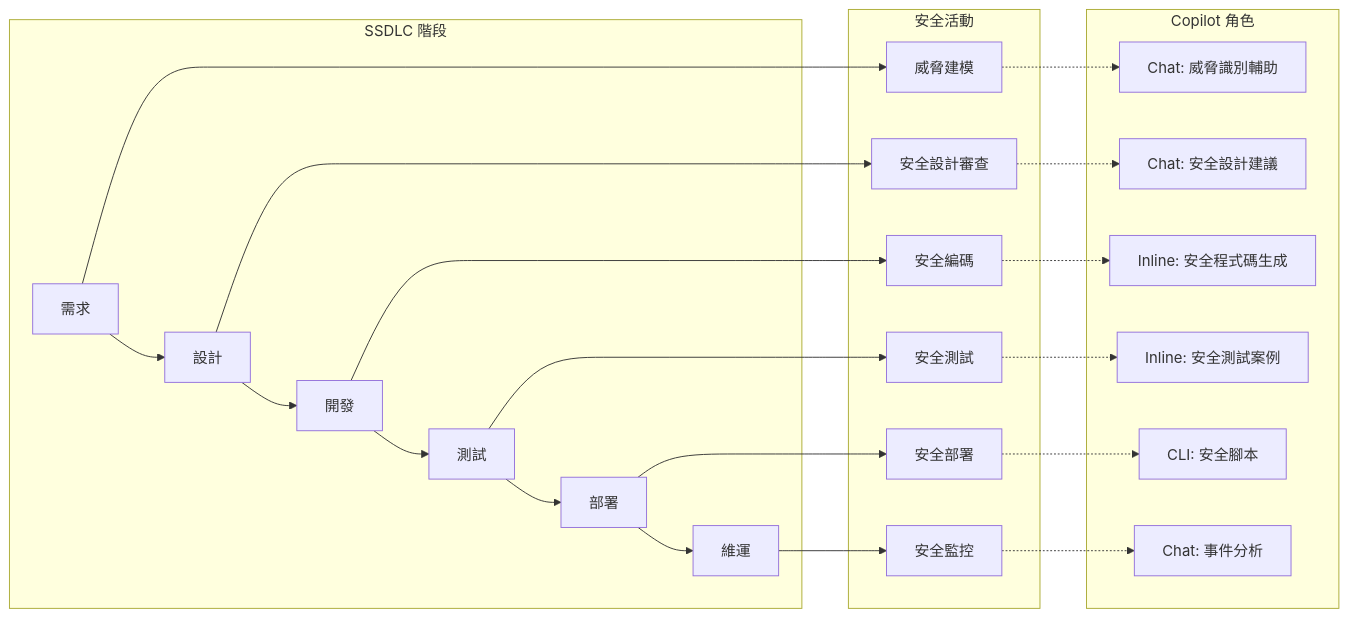
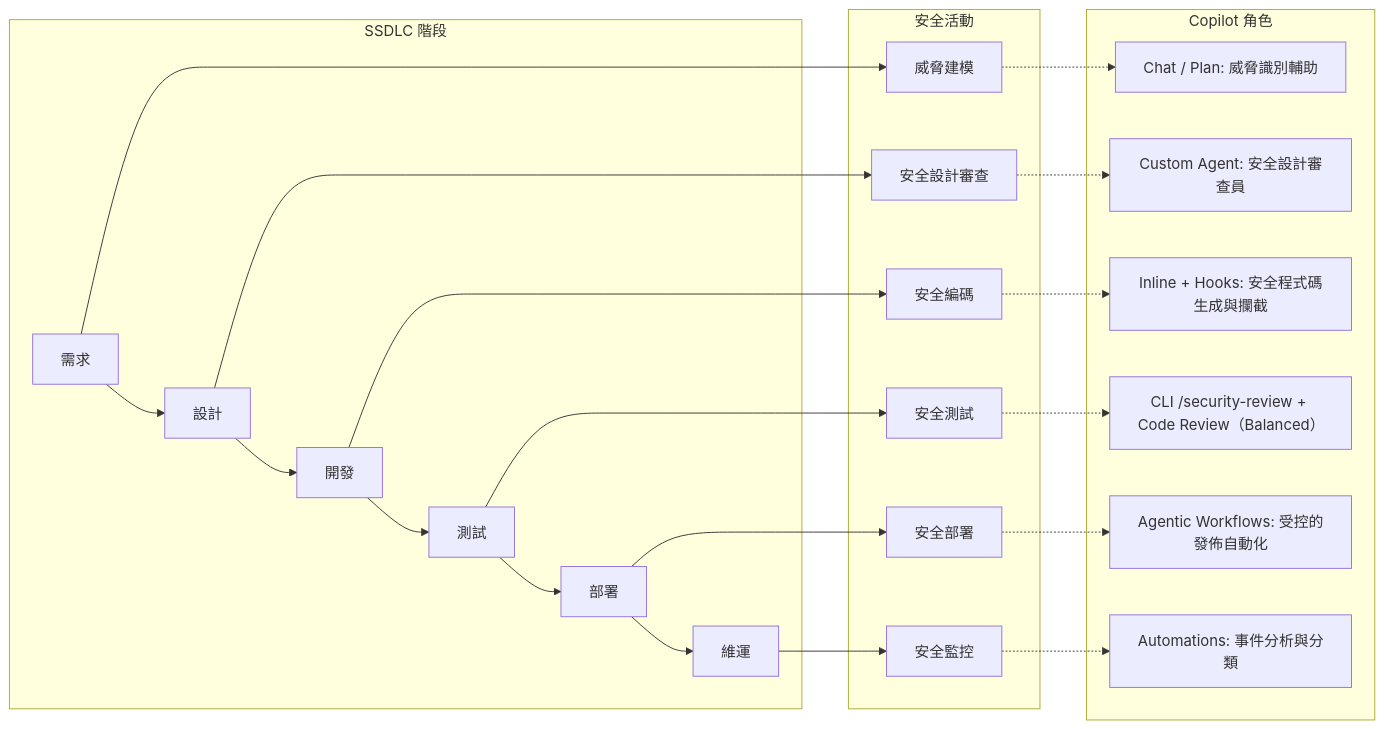
One commit to chihhung/Blog changed diagram 18 of 26 in content/posts/教學/AI開發/github copilot生態圈教學手冊.md. Above: the diagram before and after it, drawn with Mermaid. The commit also changed other lines of this file and 2 other files, not shown here.

````diff
--- a/content/posts/教學/AI開發/github copilot生態圈教學手冊.md
+++ b/content/posts/教學/AI開發/github copilot生態圈教學手冊.md
@@ -2558,42 +3696,42 @@
 ```mermaid
 flowchart LR
     subgraph "SSDLC 階段"
         A[需求] --> B[設計]
         B --> C[開發]
         C --> D[測試]
         D --> E[部署]
         E --> F[維運]
     end
-    
+
     subgraph "安全活動"
         A1[威脅建模]
         B1[安全設計審查]
         C1[安全編碼]
         D1[安全測試]
         E1[安全部署]
         F1[安全監控]
     end
-    
+
     A --> A1
     B --> B1
     C --> C1
     D --> D1
     E --> E1
     F --> F1
-    
+
     subgraph "Copilot 角色"
-        G[Chat: 威脅識別輔助]
-        H[Chat: 安全設計建議]
-        I[Inline: 安全程式碼生成]
-        J[Inline: 安全測試案例]
-        K[CLI: 安全腳本]
-        L[Chat: 事件分析]
+        G[Chat / Plan: 威脅識別輔助]
+        H[Custom Agent: 安全設計審查員]
+        I[Inline + Hooks: 安全程式碼生成與攔截]
+        J["CLI /security-review + Code Review（Balanced）"]
+        K[Agentic Workflows: 受控的發佈自動化]
+        L[Automations: 事件分析與分類]
     end
-    
+
     A1 -.-> G
     B1 -.-> H
     C1 -.-> I
     D1 -.-> J
     E1 -.-> K
     F1 -.-> L
 ```
````
